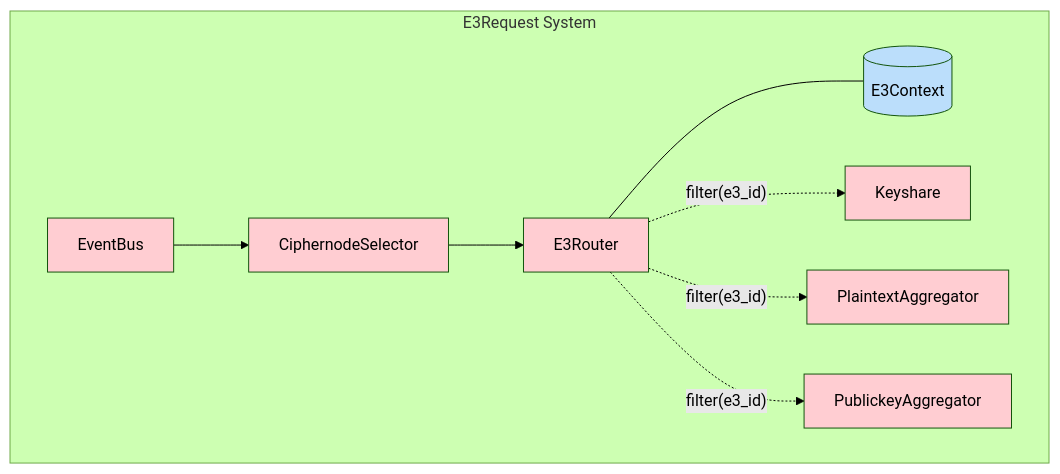
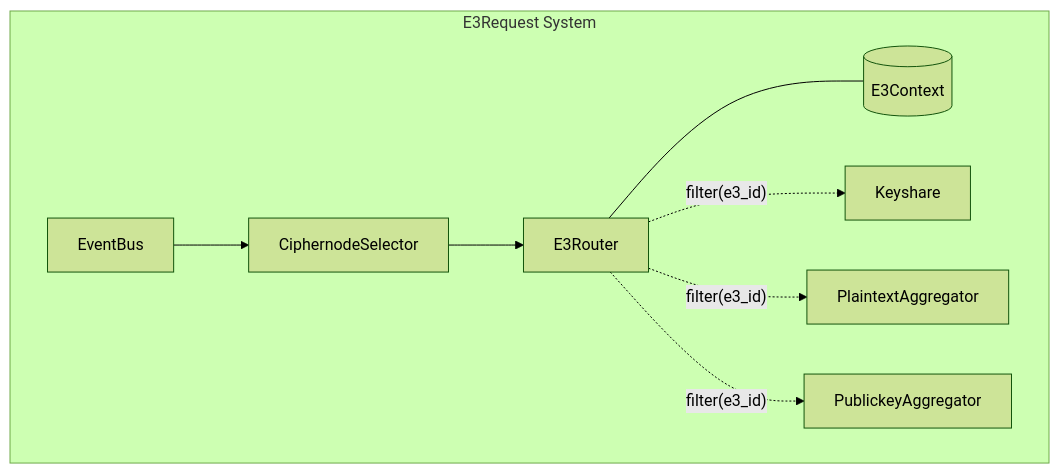
The diagram in crates/request/E3RequestSystem.md (gnosisguild/enclave), drawn with Mermaid (forest theme) before and after one commit. The commit also changed 7 other files, not shown here.

````diff
--- a/crates/request/E3RequestSystem.md
+++ b/crates/request/E3RequestSystem.md
@@ -8,41 +8,34 @@
 ```mermaid
 flowchart TB
  subgraph subGraph0["E3Request System"]
         ER["E3Router"]
         EC["E3Context"]
         K["Keyshare"]
         PKA["PublickeyAggregator"]
         PTA["PlaintextAggregator"]
         EB["EventBus"]
         CS["CiphernodeSelector"]
   end
     EB --> CS
     CS --> ER
     ER --- EC
     ER -. filter(e3_id) <br> .-> K & PTA
     ER -. filter(e3_id) </br> .-> PKA
 
     EC@{ shape: cyl}
      EC:::internal-link
      ER:::internal-link
      PKA:::internal-link
      PTA:::internal-link
      K:::internal-link
      EB:::internal-link
      CS:::internal-link
-    style ER fill:#FFCDD2
-    style EC fill:#BBDEFB
-    style K fill:#FFCDD2
-    style PKA fill:#FFCDD2
-    style PTA fill:#FFCDD2
-    style EB fill:#FFCDD2
-    style CS fill:#FFCDD2
 
     click EC "http://github.com/gnosisguild/enclave/tree/main/crates/request/docs/E3Context.md"
     click ER "http://github.com/gnosisguild/enclave/tree/main/crates/request/docs/E3Router.md"
     click PKA "http://github.com/gnosisguild/enclave/tree/main/crates/aggregator/docs/PublickeyAggregator.md"
     click PTA "http://github.com/gnosisguild/enclave/tree/main/crates/aggregator/docs/PlaintextAggregator.md"
     click K "http://github.com/gnosisguild/enclave/tree/main/crates/keyshare/docs/Keyshare.md"
     click EB "http://github.com/gnosisguild/enclave/tree/main/crates/events/docs/EventBus.md"
     click CS "http://github.com/gnosisguild/enclave/tree/main/crates/sortition/docs/CiphernodeSelector.md"
 ```
````
